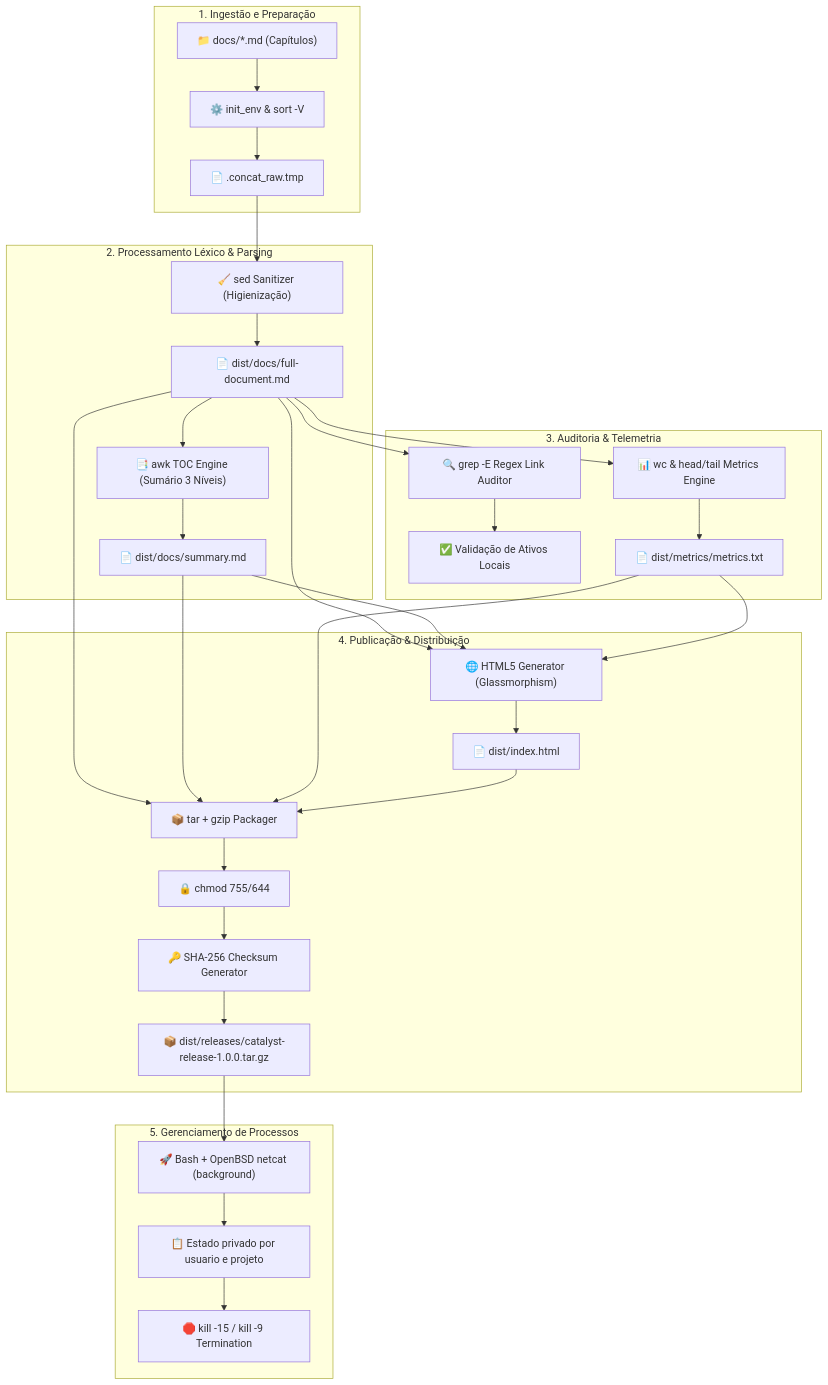
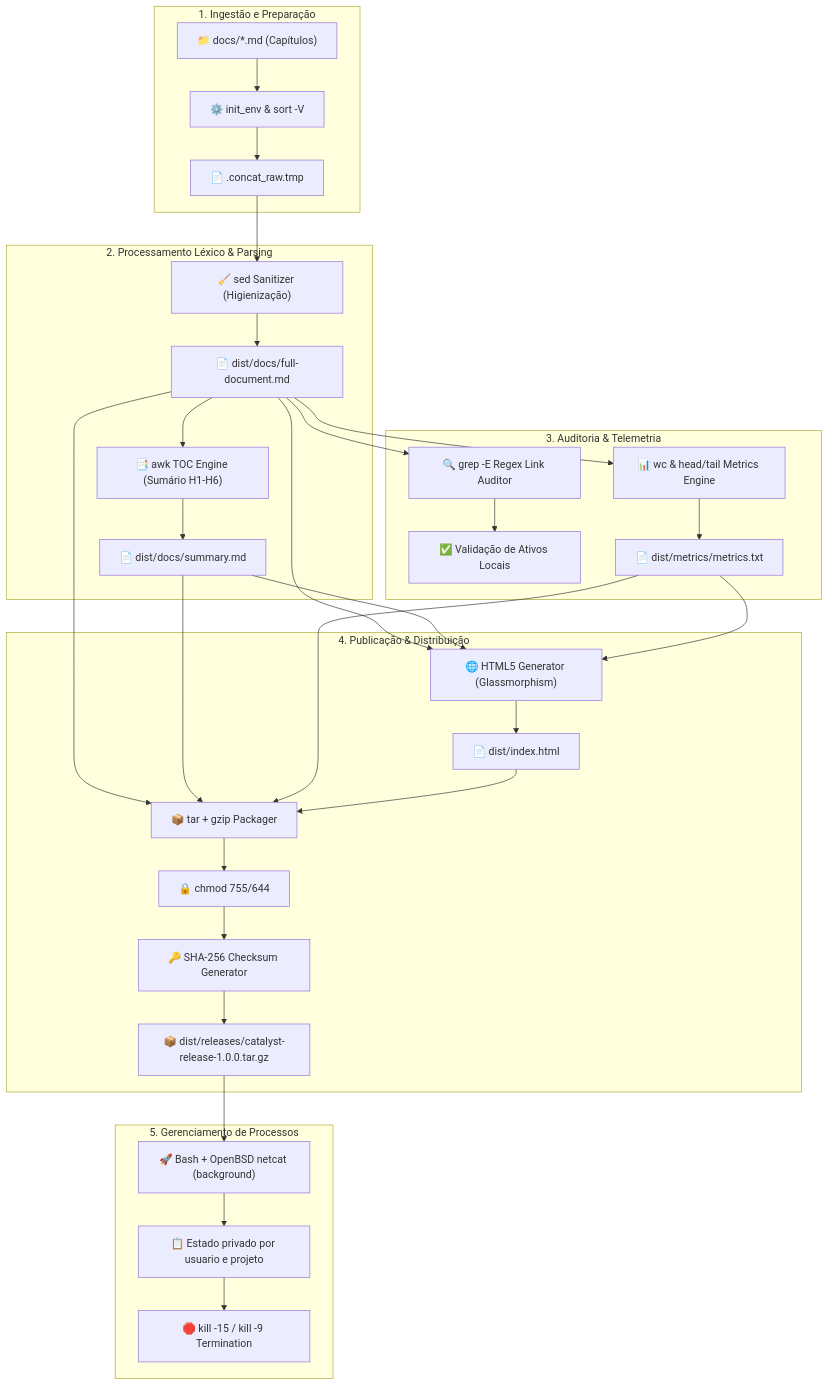
The diagram in docs/02-architecture.md (matheustheus27/CatalystShellEngine), drawn with Mermaid before and after one commit. The commit also changed other lines of this file and 21 other files, not shown here.

````diff
--- a/docs/02-architecture.md
+++ b/docs/02-architecture.md
@@ -17,42 +17,42 @@
 ```mermaid
 flowchart TD
     subgraph INGESTION ["1. Ingestão e Preparação"]
         A["📁 docs/*.md (Capítulos)"] --> B["⚙️ init_env & sort -V"]
         B --> C["📄 .concat_raw.tmp"]
     end
 
     subgraph PROCESSING ["2. Processamento Léxico & Parsing"]
         C --> D["🧹 sed Sanitizer (Higienização)"]
         D --> E["📄 dist/docs/full-document.md"]
-        E --> F["📑 awk TOC Engine (Sumário 3 Níveis)"]
+        E --> F["📑 awk TOC Engine (Sumário H1-H6)"]
         F --> G["📄 dist/docs/summary.md"]
     end
 
     subgraph AUDIT ["3. Auditoria & Telemetria"]
         E --> H["🔍 grep -E Regex Link Auditor"]
         H --> I["✅ Validação de Ativos Locais"]
         E --> J["📊 wc & head/tail Metrics Engine"]
         J --> K["📄 dist/metrics/metrics.txt"]
     end
 
     subgraph ARTIFACTS ["4. Publicação & Distribuição"]
         E --> L["🌐 HTML5 Generator (Glassmorphism)"]
         G --> L
         K --> L
         L --> M["📄 dist/index.html"]
         
         E --> N["📦 tar + gzip Packager"]
         G --> N
         K --> N
         M --> N
         N --> O["🔒 chmod 755/644"]
         O --> P["🔑 SHA-256 Checksum Generator"]
         P --> Q["📦 dist/releases/catalyst-release-1.0.0.tar.gz"]
     end
 
     subgraph LIFECYCLE ["5. Gerenciamento de Processos"]
         Q --> R["🚀 Bash + OpenBSD netcat (background)"]
         R --> S["📋 Estado privado por usuario e projeto"]
         S --> T["🛑 kill -15 / kill -9 Termination"]
     end
 ```
````
